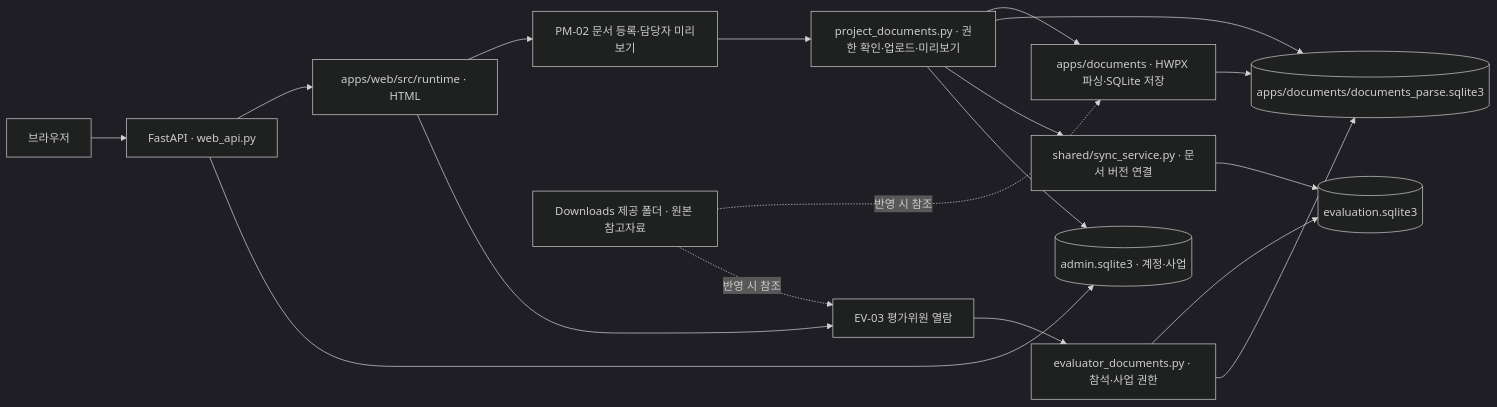
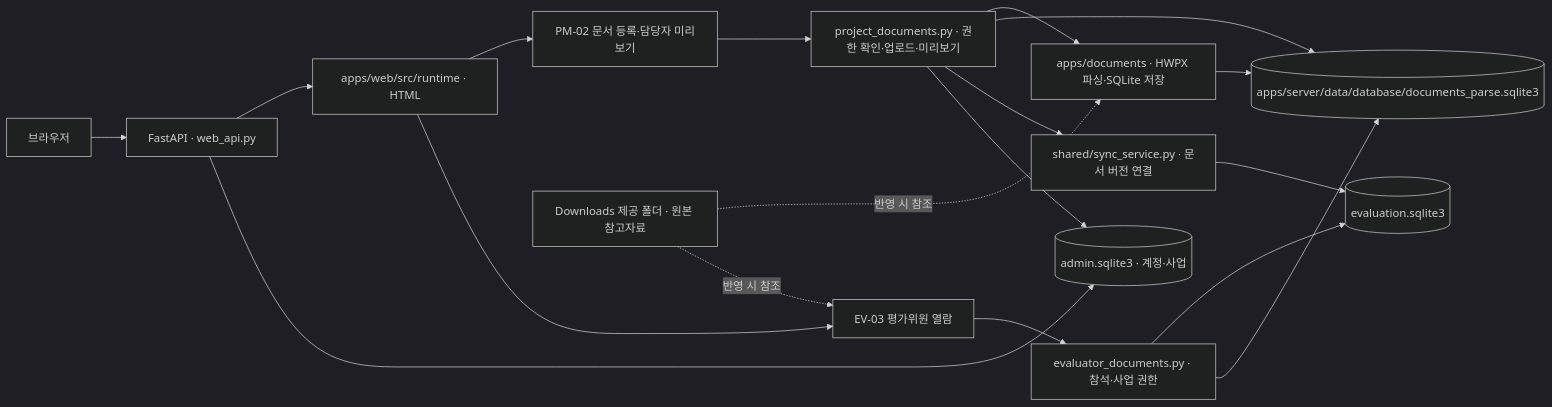
One commit to DaeUng79/Otopilot_team_v0.2 changed the second of 2 diagrams in SERVICE_ARCHITECTURE_AND_RUN.md. Above: the diagram before and after it, drawn with Mermaid (dark theme). The commit also changed other lines of this file and 75 other files, not shown here.

````diff
--- a/SERVICE_ARCHITECTURE_AND_RUN.md
+++ b/SERVICE_ARCHITECTURE_AND_RUN.md
@@ -41,20 +41,20 @@
 ```mermaid
 flowchart LR
     B[브라우저] --> W[FastAPI · web_api.py]
     W --> H[apps/web/src/runtime · HTML]
     H --> P[PM-02 문서 등록·담당자 미리보기]
     H --> E[EV-03 평가위원 열람]
     P --> A[project_documents.py · 권한 확인·업로드·미리보기]
     A --> X[apps/documents · HWPX 파싱·SQLite 저장]
-    X --> D[(apps/documents/documents_parse.sqlite3)]
+    X --> D[(apps/server/data/database/documents_parse.sqlite3)]
     A --> D
     A --> S[shared/sync_service.py · 문서 버전 연결]
     S --> V[(evaluation.sqlite3)]
     E --> R[evaluator_documents.py · 참석·사업 권한]
     R --> V
     R --> D
     W --> M[(admin.sqlite3 · 계정·사업)]
     A --> M
     O[Downloads 제공 폴더 · 원본 참고자료] -. 반영 시 참조 .-> X
     O -. 반영 시 참조 .-> E
 ```
````
